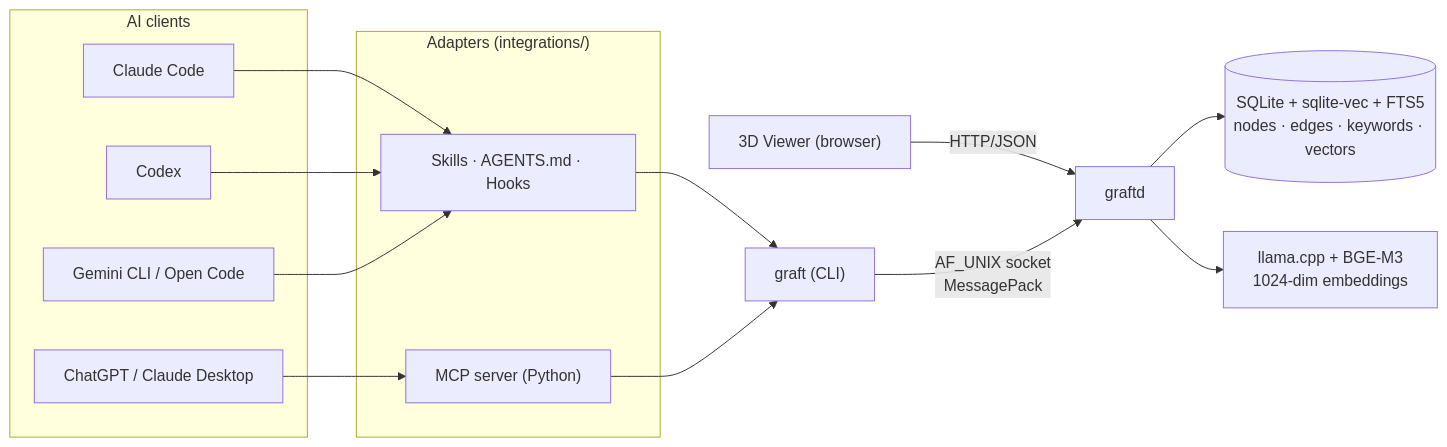
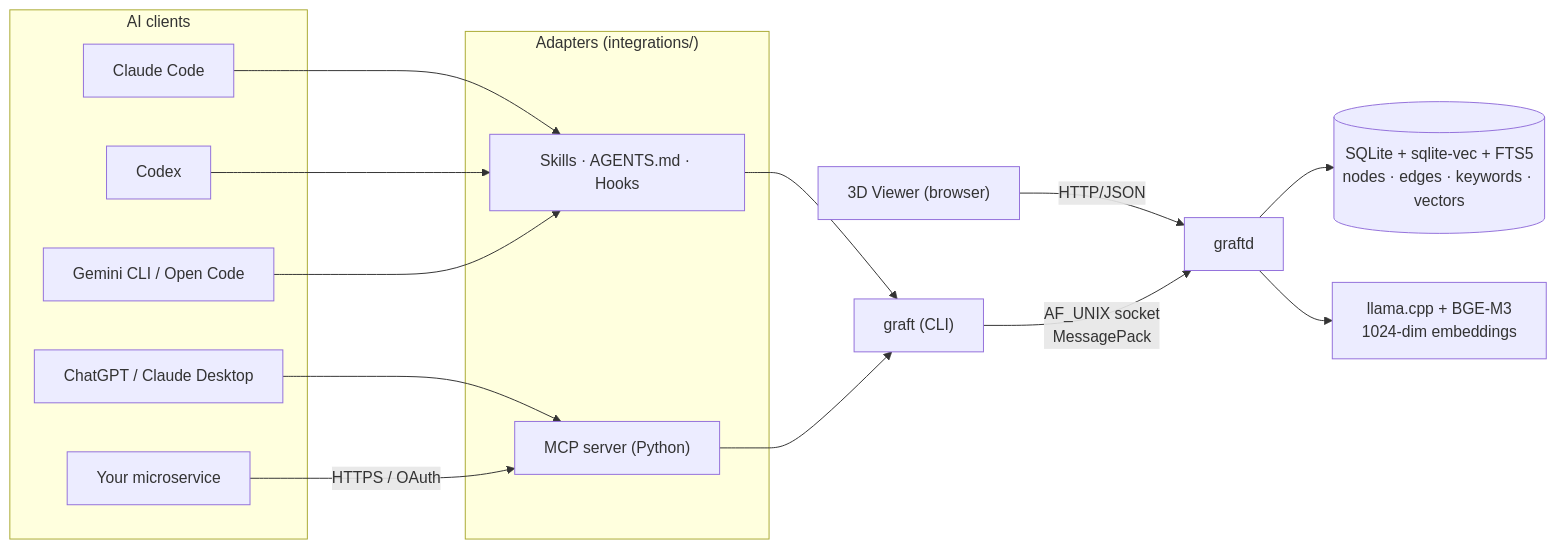
Before and after one commit to AEndrix03/Graft: the diagram in README.md, drawn with Mermaid. The commit also changed other lines of this file and 13 other files, not shown here.

````diff
--- a/README.md
+++ b/README.md
@@ -297,27 +300,29 @@
 ```mermaid
 flowchart LR
     subgraph Clients["AI clients"]
       A1["Claude Code"]
       A2["Codex"]
       A3["ChatGPT / Claude Desktop"]
       A4["Gemini CLI / Open Code"]
+      A5["Your microservice"]
     end
 
     subgraph Adapters["Adapters (integrations/)"]
       S["Skills · AGENTS.md · Hooks"]
       M["MCP server (Python)"]
     end
 
     Browser["3D Viewer (browser)"]
 
     A1 --> S
     A2 --> S
     A4 --> S
     A3 --> M
+    A5 -->|HTTPS / OAuth| M
     S --> CLI["graft (CLI)"]
     M --> CLI
     Browser -->|HTTP/JSON| Daemon
     CLI -->|AF_UNIX socket<br/>MessagePack| Daemon["graftd"]
     Daemon --> Storage[("SQLite + sqlite-vec + FTS5<br/>nodes · edges · keywords · vectors")]
     Daemon --> Embed["llama.cpp + BGE-M3<br/>1024-dim embeddings"]
 ```
````
